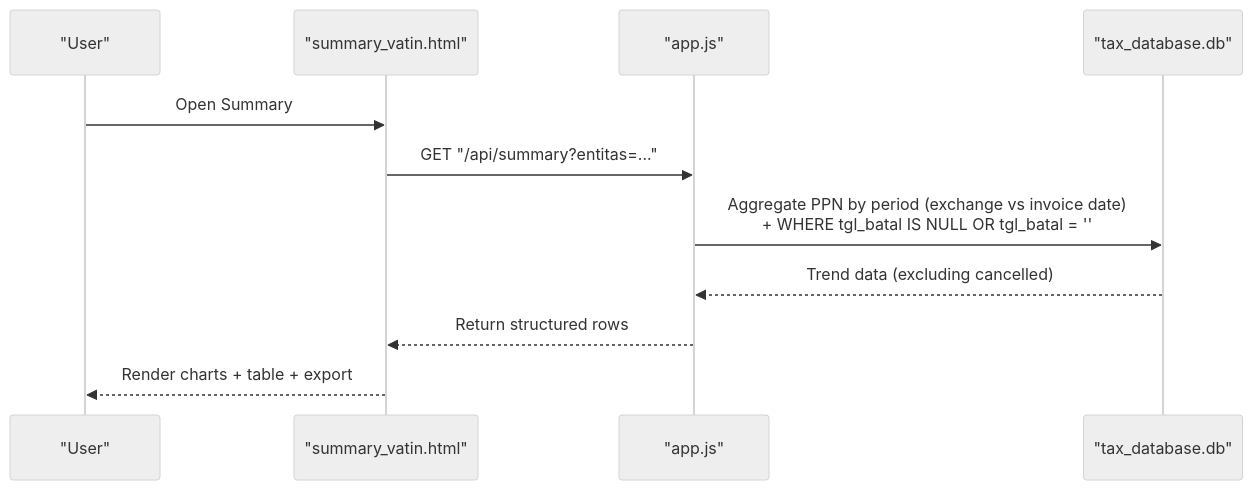
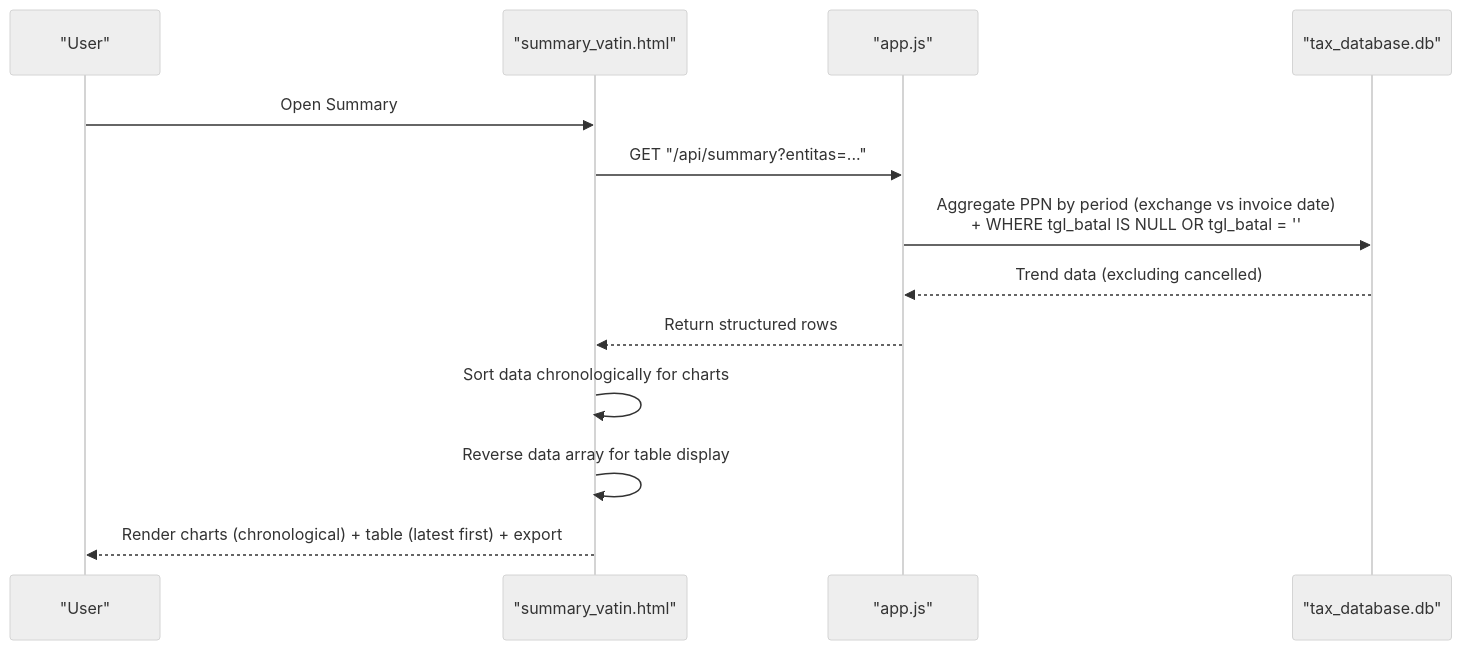
Before and after one commit to rendisiagian/TDS_by_RENDISIAGIAN: the fifth of 6 diagrams in .qoder/repowiki/en/content/VAT Management System/VAT Input (VAT IN).md, drawn with Mermaid (neutral theme). The commit also changed other lines of this file and 13 other files, not shown here.

````diff
--- a/.qoder/repowiki/en/content/VAT Management System/VAT Input (VAT IN).md
+++ b/.qoder/repowiki/en/content/VAT Management System/VAT Input (VAT IN).md
@@ -240,13 +248,15 @@
 ```mermaid
 sequenceDiagram
 participant U as "User"
 participant UI as "summary_vatin.html"
 participant API as "app.js"
 participant DB as "tax_database.db"
 U->>UI : Open Summary
 UI->>API : GET "/api/summary?entitas=..."
 API->>DB : Aggregate PPN by period (exchange vs invoice date)<br/>+ WHERE tgl_batal IS NULL OR tgl_batal = ''
 DB-->>API : Trend data (excluding cancelled)
 API-->>UI : Return structured rows
-UI-->>U : Render charts + table + export
+UI->>UI : Sort data chronologically for charts
+UI->>UI : Reverse data array for table display
+UI-->>U : Render charts (chronological) + table (latest first) + export
 ```
````
